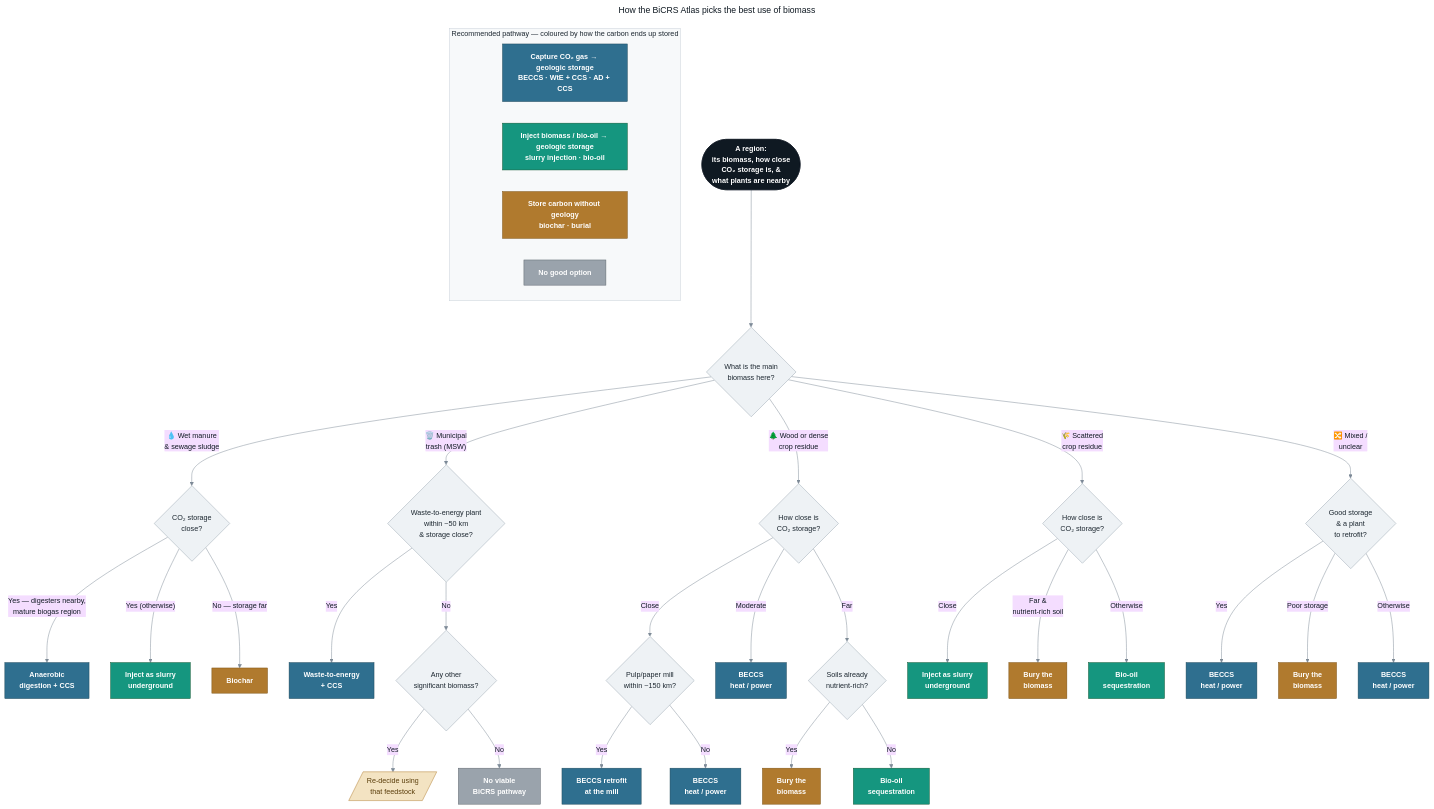
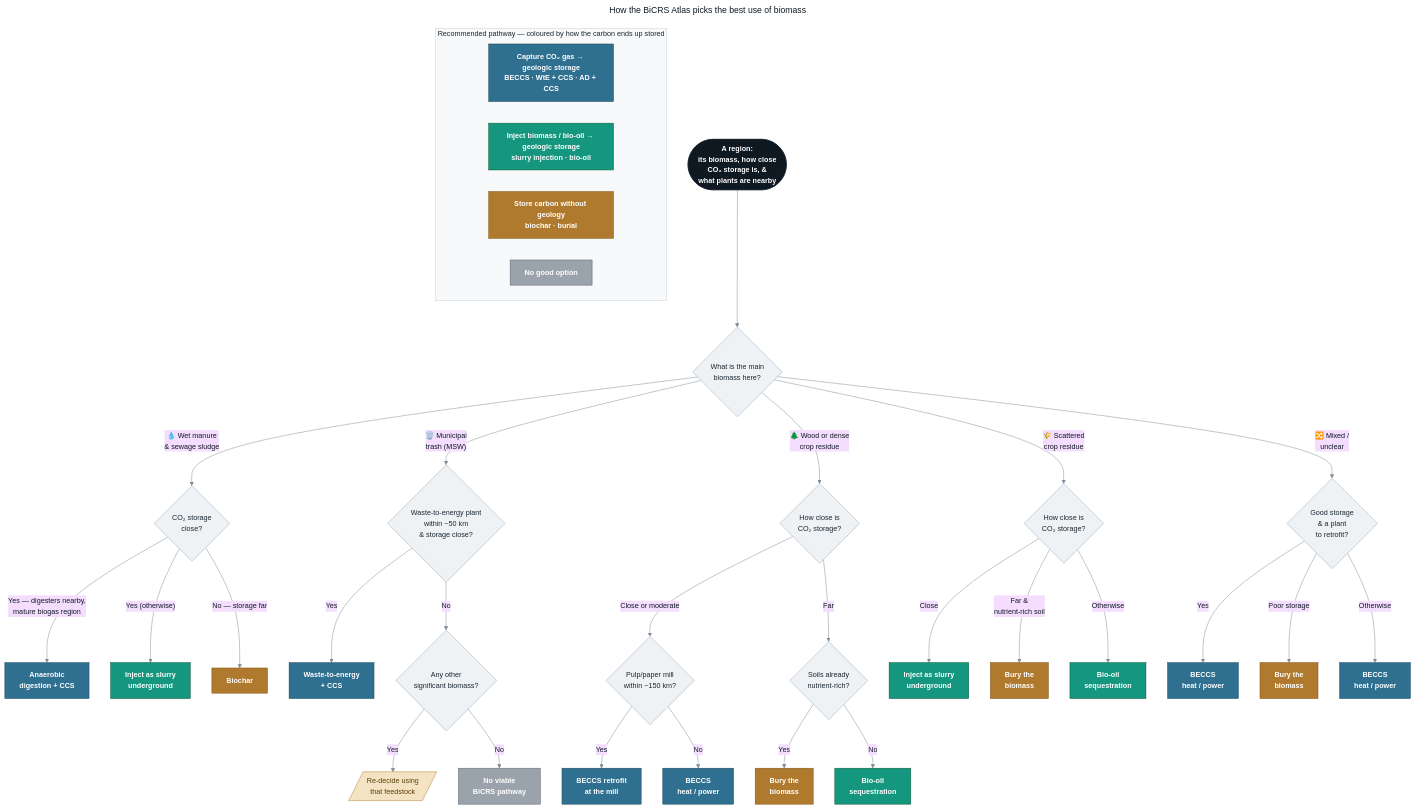
Before and after one commit to hausfath/biomass_map: the diagram in docs/recommendation_flowchart.mmd, drawn with Mermaid. The commit also changed 12 other files, not shown here.

```diff
--- a/docs/recommendation_flowchart.mmd
+++ b/docs/recommendation_flowchart.mmd
@@ -1,82 +1,81 @@
 ---
 title: "How the BiCRS Atlas picks the best use of biomass"
 config:
   theme: base
   flowchart:
     curve: basis
     nodeSpacing: 45
     rankSpacing: 55
   themeVariables:
     fontFamily: "Helvetica, Arial, sans-serif"
     fontSize: "15px"
     lineColor: "#7d8a97"
     primaryTextColor: "#0f1922"
 ---
 flowchart TD
     Start([A region:<br/>its biomass, how close<br/>CO₂ storage is, &<br/>what plants are nearby]) --> DOM{What is the main<br/>biomass here?}
 
     %% ---------- WET ----------
     DOM -->|"💧 Wet manure<br/>& sewage sludge"| M{CO₂ storage<br/>close?}
     M -->|Yes — digesters nearby,<br/>mature biogas region| Mad["Anaerobic<br/>digestion + CCS"]
     M -->|"Yes (otherwise)"| Minj["Inject as slurry<br/>underground"]
     M -->|"No — storage far"| Mbio["Biochar"]
 
     %% ---------- MSW ----------
     DOM -->|"🗑️ Municipal<br/>trash (MSW)"| W{Waste-to-energy plant<br/>within ~50 km<br/>& storage close?}
     W -->|Yes| Wwte["Waste-to-energy<br/>+ CCS"]
     W -->|No| Wsec{Any other<br/>significant biomass?}
     Wsec -->|Yes| Wre[/"Re-decide using<br/>that feedstock"/]
     Wsec -->|No| Wnone["No viable<br/>BiCRS pathway"]
 
     %% ---------- WOODY / DENSE DRY ----------
     DOM -->|"🌲 Wood or dense<br/>crop residue"| C{How close is<br/>CO₂ storage?}
-    C -->|Close| Cmill{Pulp/paper mill<br/>within ~150 km?}
+    C -->|Close or moderate| Cmill{Pulp/paper mill<br/>within ~150 km?}
     Cmill -->|Yes| Cpp["BECCS retrofit<br/>at the mill"]
     Cmill -->|No| Cbe["BECCS<br/>heat / power"]
-    C -->|Moderate| Cbe2["BECCS<br/>heat / power"]
     C -->|Far| Cpoor{Soils already<br/>nutrient-rich?}
     Cpoor -->|Yes| Cbur["Bury the<br/>biomass"]
     Cpoor -->|No| Cbo["Bio-oil<br/>sequestration"]
 
     %% ---------- DIFFUSE DRY ----------
     DOM -->|"🌾 Scattered<br/>crop residue"| D{How close is<br/>CO₂ storage?}
     D -->|Close| Dinj["Inject as slurry<br/>underground"]
     D -->|"Far &<br/>nutrient-rich soil"| Dbur["Bury the<br/>biomass"]
     D -->|Otherwise| Dbo["Bio-oil<br/>sequestration"]
 
     %% ---------- MIXED ----------
     DOM -->|"🔀 Mixed /<br/>unclear"| F{Good storage<br/>& a plant<br/>to retrofit?}
     F -->|Yes| Fbe["BECCS<br/>heat / power"]
     F -->|Poor storage| Fbur["Bury the<br/>biomass"]
     F -->|Otherwise| Fbe2["BECCS<br/>heat / power"]
 
     %% ---------- legend ----------
     subgraph Legend["Recommended pathway — coloured by how the carbon ends up stored"]
         direction LR
         L1["Capture CO₂ gas → geologic storage<br/>BECCS · WtE + CCS · AD + CCS"]
         L2["Inject biomass / bio-oil → geologic storage<br/>slurry injection · bio-oil"]
         L3["Store carbon without geology<br/>biochar · burial"]
         L4["No good option"]
     end
 
     %% ---------- styles ----------
     classDef start fill:#0f1922,stroke:#0f1922,color:#ffffff,font-weight:bold;
     classDef q fill:#eef2f5,stroke:#9aa7b2,color:#1c2730;
     classDef geo fill:#2f6f8f,stroke:#1d4859,color:#ffffff,font-weight:bold;
     classDef inj fill:#15967f,stroke:#0d5530,color:#ffffff,font-weight:bold;
     classDef store fill:#b07a2e,stroke:#7a5012,color:#ffffff,font-weight:bold;
     classDef none fill:#9aa3ac,stroke:#5b636b,color:#ffffff,font-weight:bold;
     classDef reroute fill:#f3e3c2,stroke:#b07a2e,color:#5a3d0a;
 
     class Start start;
     class DOM,M,W,Wsec,C,Cmill,Cpoor,D,F q;
-    class Cpp,Cbe,Cbe2,Fbe,Fbe2,Wwte,Mad geo;
+    class Cpp,Cbe,Fbe,Fbe2,Wwte,Mad geo;
     class Minj,Dinj,Cbo,Dbo inj;
     class Mbio,Cbur,Dbur,Fbur store;
     class Wnone none;
     class Wre reroute;
     class L1 geo;
     class L2 inj;
     class L3 store;
     class L4 none;
     style Legend fill:#f7f9fa,stroke:#c7d0d8,color:#1c2730;
```
